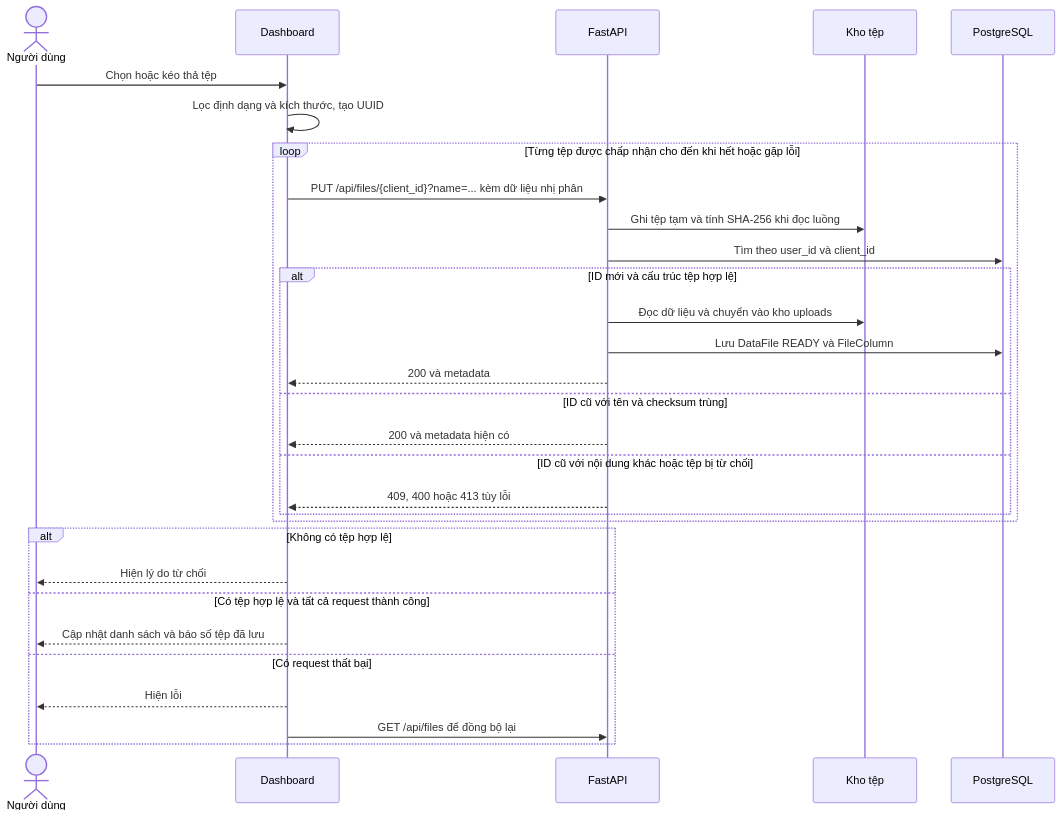
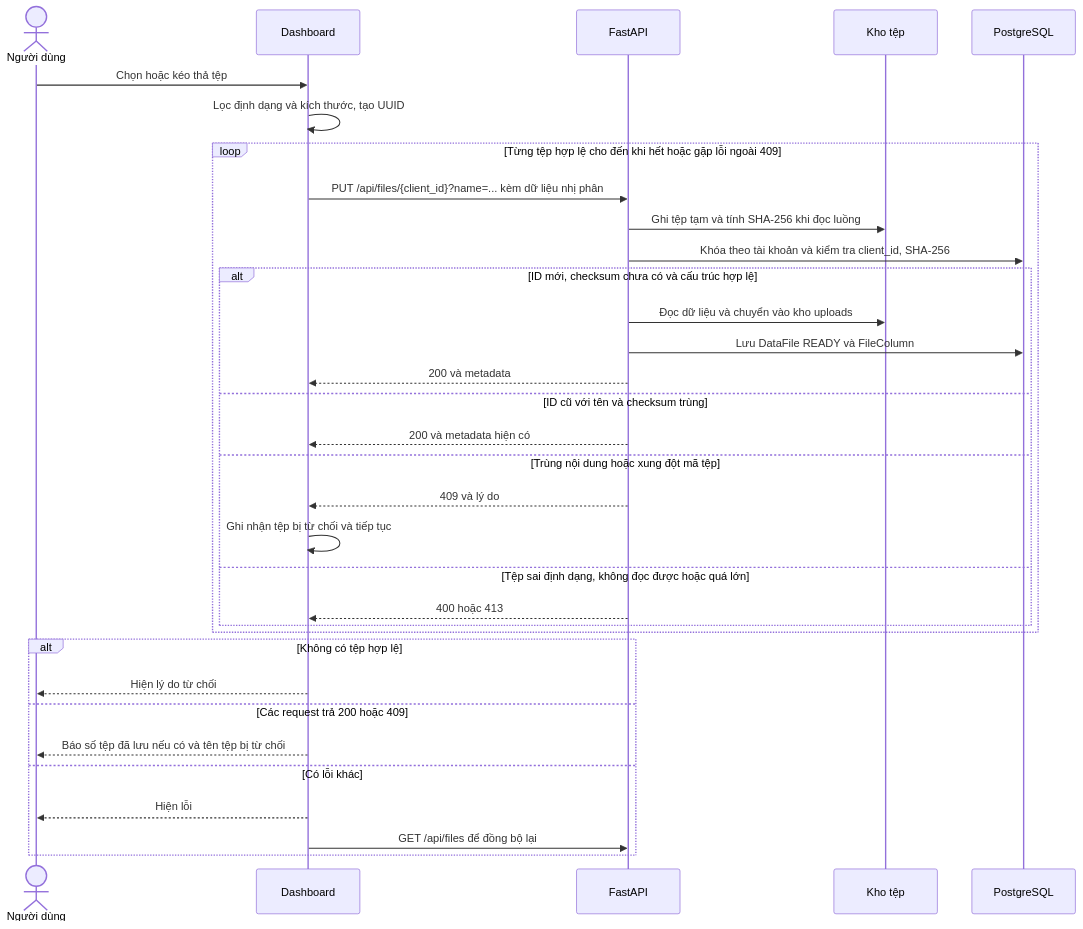
Before and after one commit to tuoicaominh/DATA-CLEANING-AND-ANALYSIS-: the tenth of 24 diagrams in docs/diagrams/So-do-activity-va-sequence.md, drawn with Mermaid. The commit also changed other lines of this file and 5 other files, not shown here.

First line of the commit message:
Style: thiết kế lại trang Phân tích và cập nhật tài liệu dự án

````diff
--- a/docs/diagrams/So-do-activity-va-sequence.md
+++ b/docs/diagrams/So-do-activity-va-sequence.md
@@ -231,32 +244,35 @@
 ```mermaid
 sequenceDiagram
     actor U as Người dùng
     participant UI as Dashboard
     participant API as FastAPI
     participant FS as Kho tệp
     participant DB as PostgreSQL
     U->>UI: Chọn hoặc kéo thả tệp
     UI->>UI: Lọc định dạng và kích thước, tạo UUID
-    loop Từng tệp được chấp nhận cho đến khi hết hoặc gặp lỗi
+    loop Từng tệp hợp lệ cho đến khi hết hoặc gặp lỗi ngoài 409
         UI->>API: PUT /api/files/{client_id}?name=... kèm dữ liệu nhị phân
         API->>FS: Ghi tệp tạm và tính SHA-256 khi đọc luồng
-        API->>DB: Tìm theo user_id và client_id
-        alt ID mới và cấu trúc tệp hợp lệ
+        API->>DB: Khóa theo tài khoản và kiểm tra client_id, SHA-256
+        alt ID mới, checksum chưa có và cấu trúc hợp lệ
             API->>FS: Đọc dữ liệu và chuyển vào kho uploads
             API->>DB: Lưu DataFile READY và FileColumn
             API-->>UI: 200 và metadata
         else ID cũ với tên và checksum trùng
             API-->>UI: 200 và metadata hiện có
-        else ID cũ với nội dung khác hoặc tệp bị từ chối
-            API-->>UI: 409, 400 hoặc 413 tùy lỗi
+        else Trùng nội dung hoặc xung đột mã tệp
+            API-->>UI: 409 và lý do
+            UI->>UI: Ghi nhận tệp bị từ chối và tiếp tục
+        else Tệp sai định dạng, không đọc được hoặc quá lớn
+            API-->>UI: 400 hoặc 413
         end
     end
     alt Không có tệp hợp lệ
         UI-->>U: Hiện lý do từ chối
-    else Có tệp hợp lệ và tất cả request thành công
-        UI-->>U: Cập nhật danh sách và báo số tệp đã lưu
-    else Có request thất bại
+    else Các request trả 200 hoặc 409
+        UI-->>U: Báo số tệp đã lưu nếu có và tên tệp bị từ chối
+    else Có lỗi khác
         UI-->>U: Hiện lỗi
         UI->>API: GET /api/files để đồng bộ lại
     end
 ```
````
